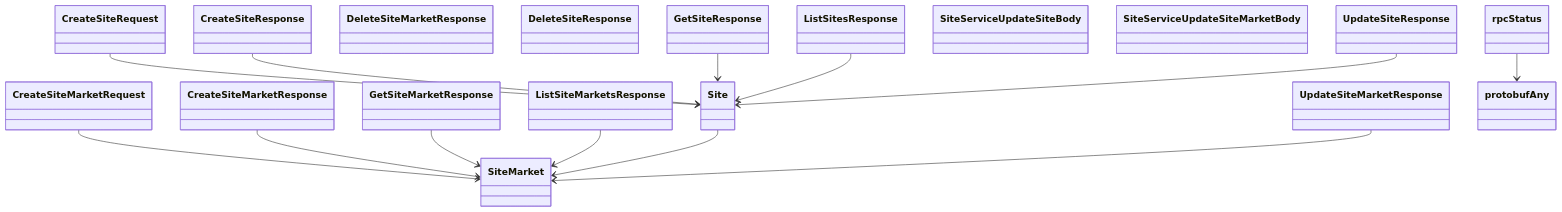
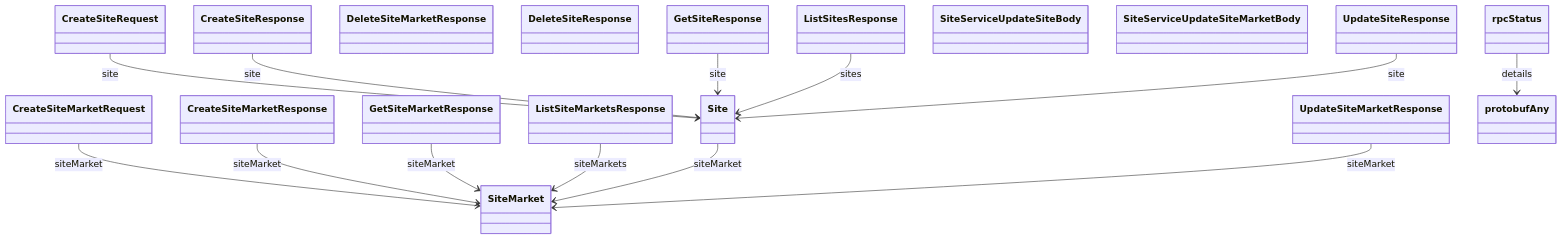
One commit to alexdearaujo/community_sdk_python changed diagram 22 of 22 in docs/sphinx/services/site.md. Above: the diagram before and after it, drawn with Mermaid. The commit also changed other lines of this file and 129 other files, not shown here.

````diff
--- a/docs/sphinx/services/site.md
+++ b/docs/sphinx/services/site.md
@@ -785,33 +806,33 @@
 ```mermaid
 classDiagram
     class CreateSiteMarketRequest
     class CreateSiteMarketResponse
     class CreateSiteRequest
     class CreateSiteResponse
     class DeleteSiteMarketResponse
     class DeleteSiteResponse
     class GetSiteMarketResponse
     class GetSiteResponse
     class ListSiteMarketsResponse
     class ListSitesResponse
     class Site
     class SiteMarket
     class SiteServiceUpdateSiteBody
     class SiteServiceUpdateSiteMarketBody
     class UpdateSiteMarketResponse
     class UpdateSiteResponse
     class protobufAny
     class rpcStatus
-    CreateSiteMarketRequest --> SiteMarket
-    CreateSiteMarketResponse --> SiteMarket
-    CreateSiteRequest --> Site
-    CreateSiteResponse --> Site
-    GetSiteMarketResponse --> SiteMarket
-    GetSiteResponse --> Site
-    ListSiteMarketsResponse --> SiteMarket
-    ListSitesResponse --> Site
-    Site --> SiteMarket
-    UpdateSiteMarketResponse --> SiteMarket
-    UpdateSiteResponse --> Site
-    rpcStatus --> protobufAny
+    CreateSiteMarketRequest --> SiteMarket : siteMarket
+    CreateSiteMarketResponse --> SiteMarket : siteMarket
+    CreateSiteRequest --> Site : site
+    CreateSiteResponse --> Site : site
+    GetSiteMarketResponse --> SiteMarket : siteMarket
+    GetSiteResponse --> Site : site
+    ListSiteMarketsResponse --> SiteMarket : siteMarkets
+    ListSitesResponse --> Site : sites
+    Site --> SiteMarket : siteMarket
+    UpdateSiteMarketResponse --> SiteMarket : siteMarket
+    UpdateSiteResponse --> Site : site
+    rpcStatus --> protobufAny : details
 ```
````
